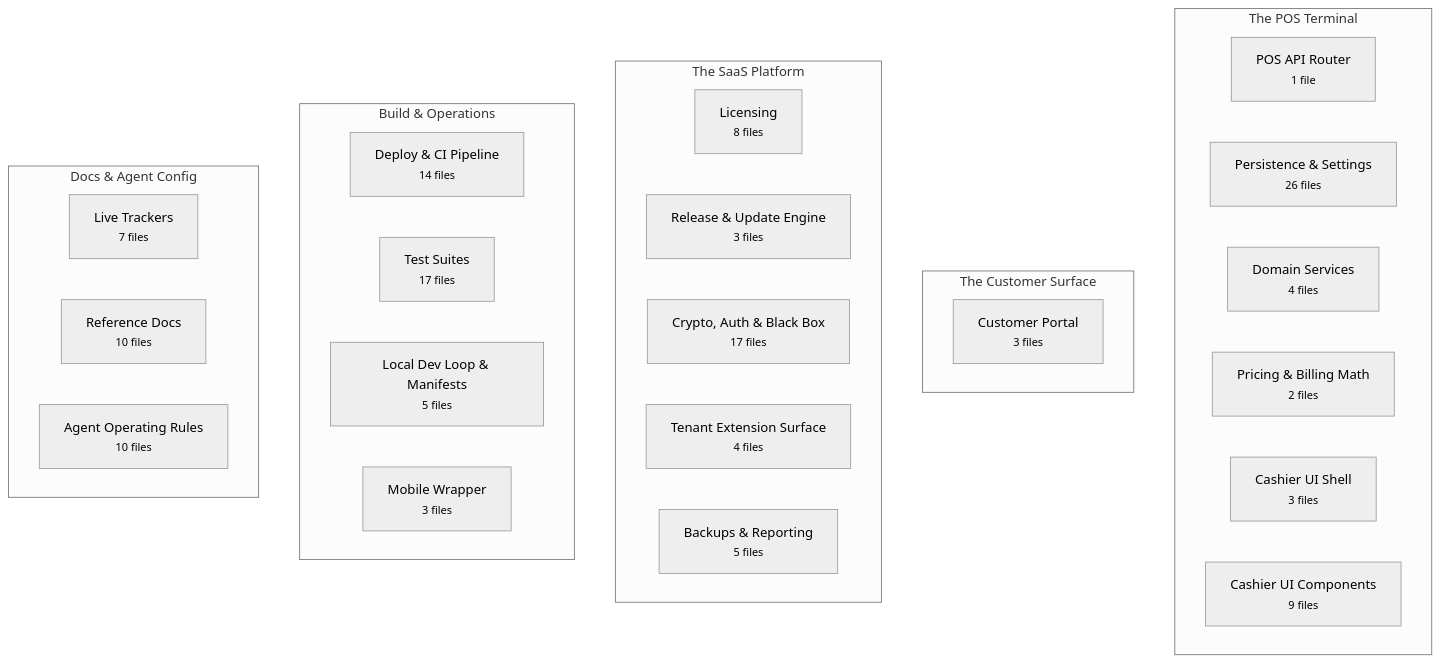
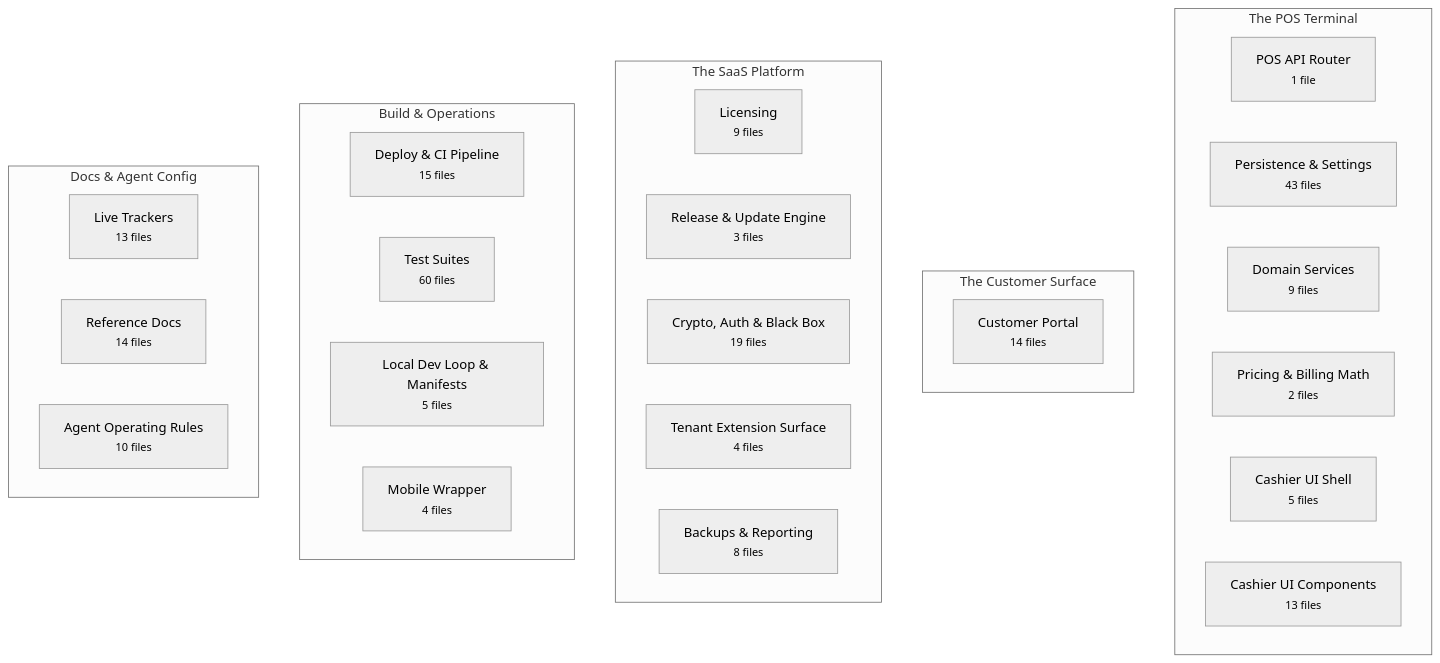
One commit to Vishalnayak226/gold_pos changed the first of 2 diagrams in docs/brain/BRAIN.md. Above: the diagram before and after it, drawn with Mermaid (neutral theme). The commit also changed other lines of this file and 96 other files, not shown here.

````diff
--- a/docs/brain/BRAIN.md
+++ b/docs/brain/BRAIN.md
@@ -20,37 +20,37 @@
 ```mermaid
 flowchart TB
   subgraph pos["The POS Terminal"]
     direction LR
     pos_api["POS API Router<br/><small>1 file</small>"]
-    persistence["Persistence & Settings<br/><small>26 files</small>"]
-    domain_services["Domain Services<br/><small>4 files</small>"]
+    persistence["Persistence & Settings<br/><small>43 files</small>"]
+    domain_services["Domain Services<br/><small>9 files</small>"]
     pricing["Pricing & Billing Math<br/><small>2 files</small>"]
-    pos_ui["Cashier UI Shell<br/><small>3 files</small>"]
-    pos_components["Cashier UI Components<br/><small>9 files</small>"]
+    pos_ui["Cashier UI Shell<br/><small>5 files</small>"]
+    pos_components["Cashier UI Components<br/><small>13 files</small>"]
   end
   subgraph customer["The Customer Surface"]
     direction LR
-    customer_portal["Customer Portal<br/><small>3 files</small>"]
+    customer_portal["Customer Portal<br/><small>14 files</small>"]
   end
   subgraph platform["The SaaS Platform"]
     direction LR
-    licensing["Licensing<br/><small>8 files</small>"]
+    licensing["Licensing<br/><small>9 files</small>"]
     updates["Release & Update Engine<br/><small>3 files</small>"]
-    security["Crypto, Auth & Black Box<br/><small>17 files</small>"]
+    security["Crypto, Auth & Black Box<br/><small>19 files</small>"]
     extensions["Tenant Extension Surface<br/><small>4 files</small>"]
-    maintenance["Backups & Reporting<br/><small>5 files</small>"]
+    maintenance["Backups & Reporting<br/><small>8 files</small>"]
   end
   subgraph ops["Build & Operations"]
     direction LR
-    deploy["Deploy & CI Pipeline<br/><small>14 files</small>"]
-    tests["Test Suites<br/><small>17 files</small>"]
+    deploy["Deploy & CI Pipeline<br/><small>15 files</small>"]
+    tests["Test Suites<br/><small>60 files</small>"]
     dev_loop["Local Dev Loop & Manifests<br/><small>5 files</small>"]
-    mobile["Mobile Wrapper<br/><small>3 files</small>"]
+    mobile["Mobile Wrapper<br/><small>4 files</small>"]
   end
   subgraph knowledge["Docs & Agent Config"]
     direction LR
-    trackers["Live Trackers<br/><small>7 files</small>"]
-    reference["Reference Docs<br/><small>10 files</small>"]
+    trackers["Live Trackers<br/><small>13 files</small>"]
+    reference["Reference Docs<br/><small>14 files</small>"]
     agent_config["Agent Operating Rules<br/><small>10 files</small>"]
   end
 ```
````
